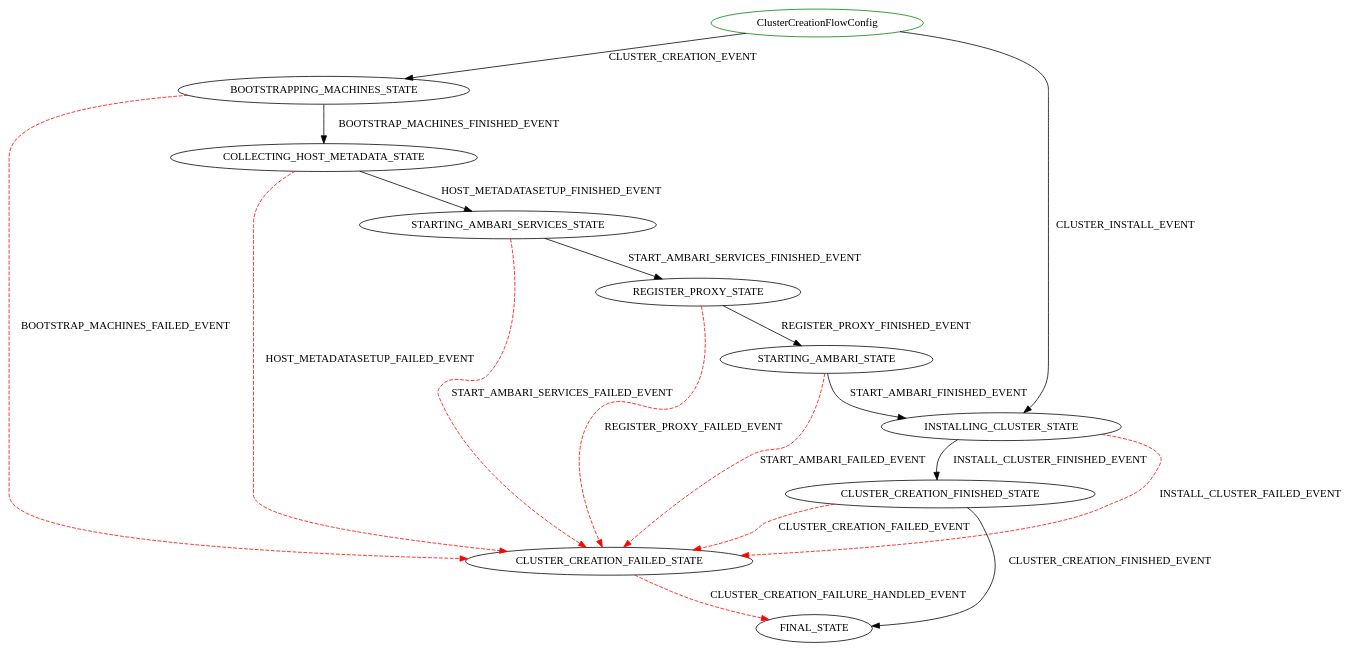
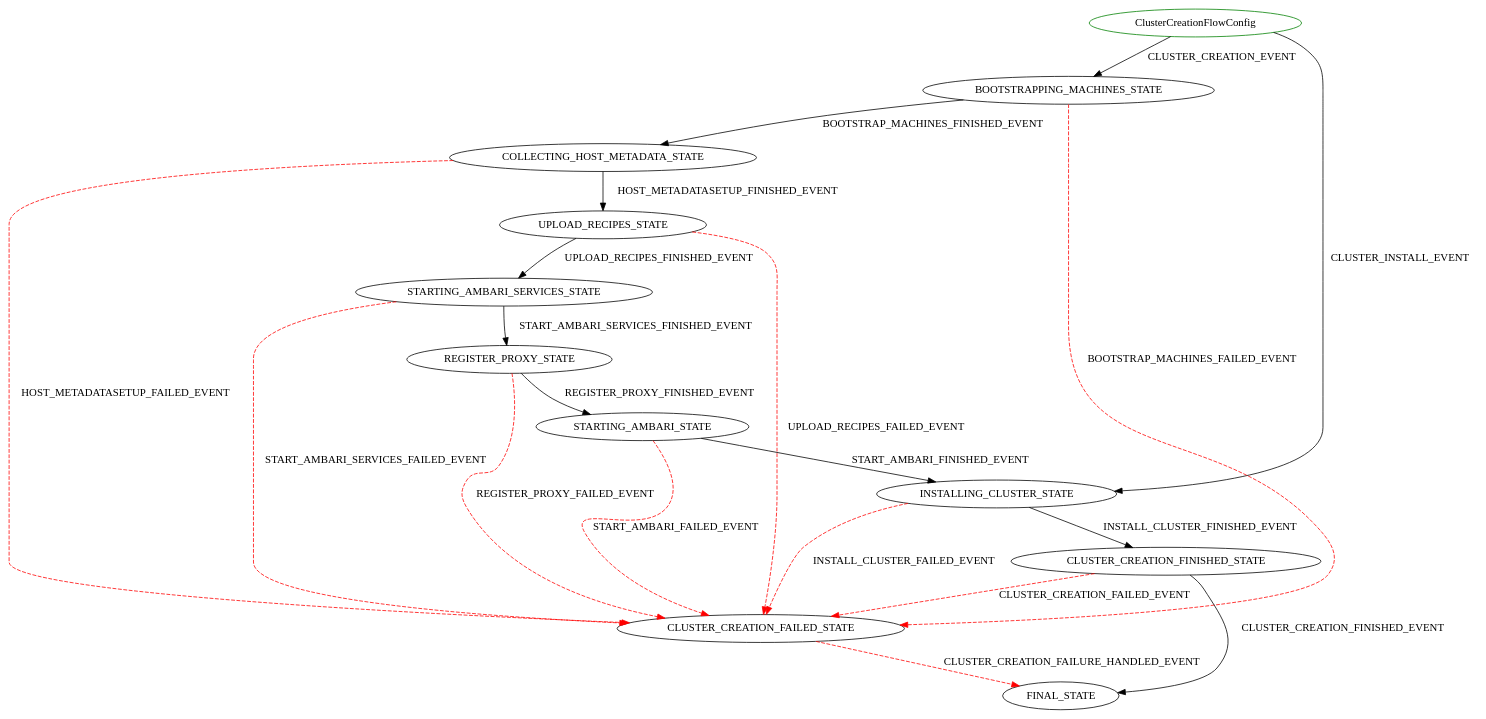
Before and after one commit to hortonworks/cloudbreak-docs: the diagram in latest/diagrams/ClusterCreationFlowConfig.dot, drawn with Graphviz. The commit also changed 47 other files, not shown here.

```diff
--- a/latest/diagrams/ClusterCreationFlowConfig.dot
+++ b/latest/diagrams/ClusterCreationFlowConfig.dot
@@ -1,20 +1,22 @@
 digraph {
 INIT_STATE [label="ClusterCreationFlowConfig" shape=ellipse color=green];
 INIT_STATE -> BOOTSTRAPPING_MACHINES_STATE [label="CLUSTER_CREATION_EVENT" color=black style=solid];
 INIT_STATE -> INSTALLING_CLUSTER_STATE [label="CLUSTER_INSTALL_EVENT" color=black style=solid];
 BOOTSTRAPPING_MACHINES_STATE -> COLLECTING_HOST_METADATA_STATE [label="BOOTSTRAP_MACHINES_FINISHED_EVENT" color=black style=solid];
 BOOTSTRAPPING_MACHINES_STATE -> CLUSTER_CREATION_FAILED_STATE [label="BOOTSTRAP_MACHINES_FAILED_EVENT" color=red style=dashed];
 CLUSTER_CREATION_FAILED_STATE -> FINAL_STATE [label="CLUSTER_CREATION_FAILURE_HANDLED_EVENT" color=red style=dashed];
-COLLECTING_HOST_METADATA_STATE -> STARTING_AMBARI_SERVICES_STATE [label="HOST_METADATASETUP_FINISHED_EVENT" color=black style=solid];
+COLLECTING_HOST_METADATA_STATE -> UPLOAD_RECIPES_STATE [label="HOST_METADATASETUP_FINISHED_EVENT" color=black style=solid];
 COLLECTING_HOST_METADATA_STATE -> CLUSTER_CREATION_FAILED_STATE [label="HOST_METADATASETUP_FAILED_EVENT" color=red style=dashed];
+UPLOAD_RECIPES_STATE -> STARTING_AMBARI_SERVICES_STATE [label="UPLOAD_RECIPES_FINISHED_EVENT" color=black style=solid];
+UPLOAD_RECIPES_STATE -> CLUSTER_CREATION_FAILED_STATE [label="UPLOAD_RECIPES_FAILED_EVENT" color=red style=dashed];
 STARTING_AMBARI_SERVICES_STATE -> REGISTER_PROXY_STATE [label="START_AMBARI_SERVICES_FINISHED_EVENT" color=black style=solid];
 STARTING_AMBARI_SERVICES_STATE -> CLUSTER_CREATION_FAILED_STATE [label="START_AMBARI_SERVICES_FAILED_EVENT" color=red style=dashed];
 REGISTER_PROXY_STATE -> STARTING_AMBARI_STATE [label="REGISTER_PROXY_FINISHED_EVENT" color=black style=solid];
 REGISTER_PROXY_STATE -> CLUSTER_CREATION_FAILED_STATE [label="REGISTER_PROXY_FAILED_EVENT" color=red style=dashed];
 STARTING_AMBARI_STATE -> INSTALLING_CLUSTER_STATE [label="START_AMBARI_FINISHED_EVENT" color=black style=solid];
 STARTING_AMBARI_STATE -> CLUSTER_CREATION_FAILED_STATE [label="START_AMBARI_FAILED_EVENT" color=red style=dashed];
 INSTALLING_CLUSTER_STATE -> CLUSTER_CREATION_FINISHED_STATE [label="INSTALL_CLUSTER_FINISHED_EVENT" color=black style=solid];
 INSTALLING_CLUSTER_STATE -> CLUSTER_CREATION_FAILED_STATE [label="INSTALL_CLUSTER_FAILED_EVENT" color=red style=dashed];
 CLUSTER_CREATION_FINISHED_STATE -> FINAL_STATE [label="CLUSTER_CREATION_FINISHED_EVENT" color=black style=solid];
 CLUSTER_CREATION_FINISHED_STATE -> CLUSTER_CREATION_FAILED_STATE [label="CLUSTER_CREATION_FAILED_EVENT" color=red style=dashed];
 }
```
